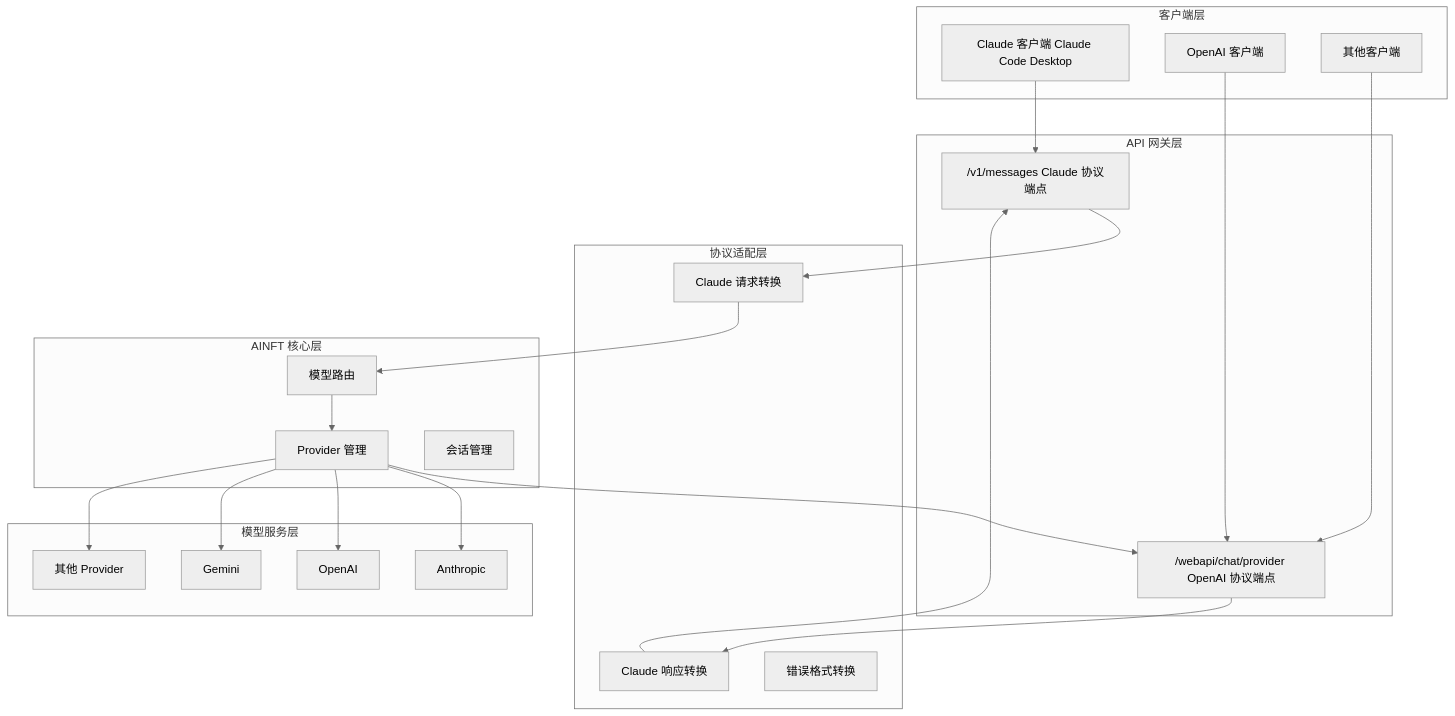
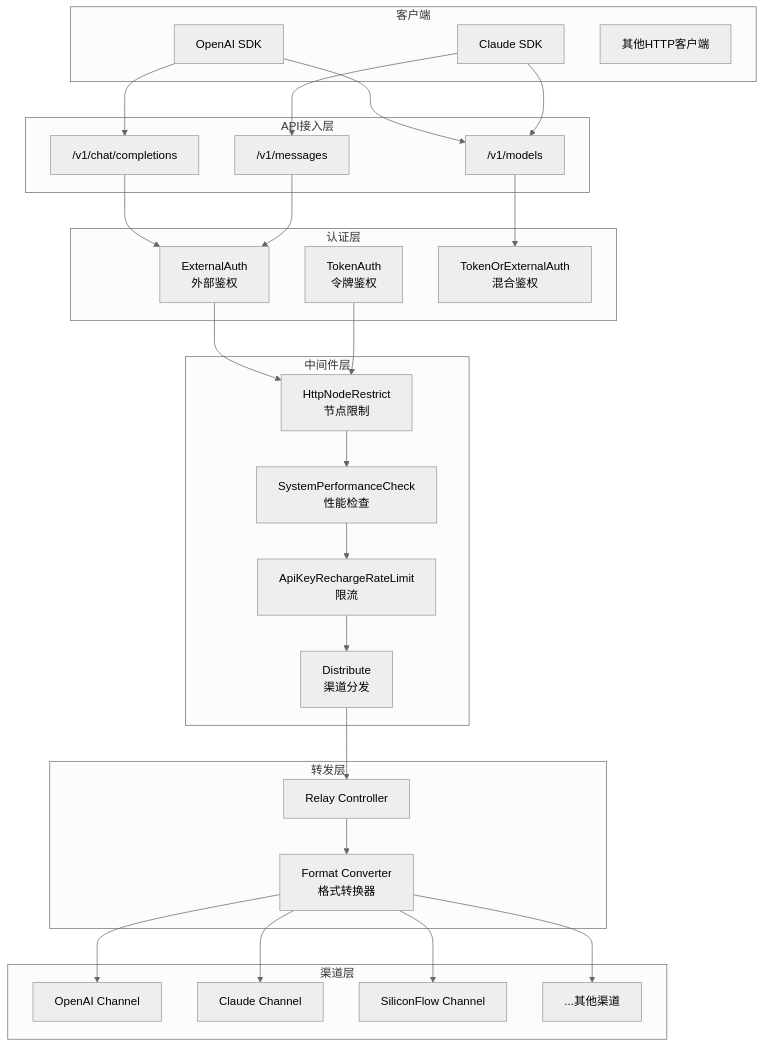
The first of 7 diagrams in claudecode/技术方案.md (RudolphHuang/openclaw_doc), drawn with Mermaid (neutral theme) before and after one commit. The commit also changed other lines of this file, not shown here.

````diff
--- a/claudecode/技术方案.md
+++ b/claudecode/技术方案.md
@@ -11,49 +22,61 @@
 ```mermaid
 graph TB
-    subgraph "客户端层"
-        C1[Claude 客户端 Claude Code Desktop]
-        C2[OpenAI 客户端]
-        C3[其他客户端]
+    subgraph Client["客户端"]
+        C1["OpenAI SDK"]
+        C2["Claude SDK"]
+        C3["其他HTTP客户端"]
     end
-
-    subgraph "API 网关层"
-        R1["/v1/messages" Claude 协议端点]
-        R2["/webapi/chat/provider" OpenAI 协议端点]
+    
+    subgraph APILayer["API接入层"]
+        R1["/v1/chat/completions"]
+        R2["/v1/messages"]
+        R3["/v1/models"]
     end
-
-    subgraph "协议适配层"
-        A1[Claude 请求转换]
-        A2[Claude 响应转换]
-        A3[错误格式转换]
+    
+    subgraph AuthLayer["认证层"]
+        A1["ExternalAuth<br/>外部鉴权"]
+        A2["TokenAuth<br/>令牌鉴权"]
+        A3["TokenOrExternalAuth<br/>混合鉴权"]
     end
-
-    subgraph "AINFT 核心层"
-        L1[模型路由]
-        L2[Provider 管理]
-        L3[会话管理]
+    
+    subgraph MiddlewareLayer["中间件层"]
+        M1["HttpNodeRestrict<br/>节点限制"]
+        M2["SystemPerformanceCheck<br/>性能检查"]
+        M3["ApiKeyRechargeRateLimit<br/>限流"]
+        M4["Distribute<br/>渠道分发"]
     end
-
-    subgraph "模型服务层"
-        M1[Anthropic]
-        M2[OpenAI]
-        M3[Gemini]
-        M4[其他 Provider]
+    
+    subgraph RelayLayer["转发层"]
+        RL1["Relay Controller"]
+        RL2["Format Converter<br/>格式转换器"]
     end
-
+    
+    subgraph ChannelLayer["渠道层"]
+        CH1["OpenAI Channel"]
+        CH2["Claude Channel"]
+        CH3["SiliconFlow Channel"]
+        CH4["...其他渠道"]
+    end
+    
     C1 --> R1
     C2 --> R2
-    C3 --> R2
+    C1 --> R3
+    C2 --> R3
     
     R1 --> A1
-    A1 --> L1
-    L1 --> L2
-    L2 --> R2
+    R2 --> A1
+    R3 --> A3
     
-    R2 --> A2
-    A2 --> R1
+    A1 --> M1
+    A2 --> M1
+    M1 --> M2
+    M2 --> M3
+    M3 --> M4
+    M4 --> RL1
     
-    L2 --> M1
-    L2 --> M2
-    L2 --> M3
-    L2 --> M4
+    RL1 --> RL2
+    RL2 --> CH1
+    RL2 --> CH2
+    RL2 --> CH3
+    RL2 --> CH4
 ```
````
